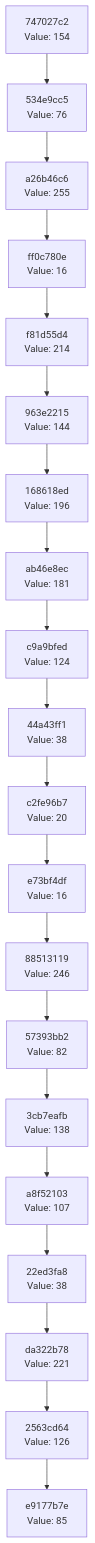
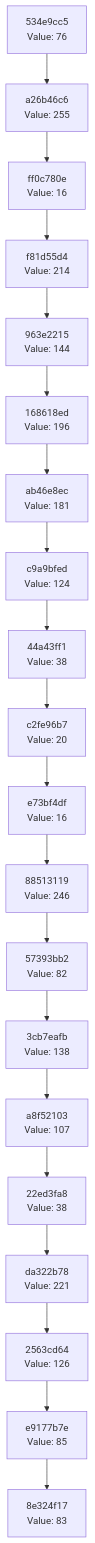
One commit to Abhisheksinha1506/hash-chain-evolver changed the diagram in docs/CHAIN_VISUALIZATION.md. Above: the diagram before and after it, drawn with Mermaid. The commit also changed 2 other files, not shown here.

Commit message:
Evolution step: hash 0x53 → action executed

````diff
--- a/docs/CHAIN_VISUALIZATION.md
+++ b/docs/CHAIN_VISUALIZATION.md
@@ -3,42 +3,42 @@
 ```mermaid
 graph TD
-    C0["e9177b7e<br/>Value: 85"]
-    C1["2563cd64<br/>Value: 126"]
+    C0["8e324f17<br/>Value: 83"]
+    C1["e9177b7e<br/>Value: 85"]
     C1 --> C0
-    C2["da322b78<br/>Value: 221"]
+    C2["2563cd64<br/>Value: 126"]
     C2 --> C1
-    C3["22ed3fa8<br/>Value: 38"]
+    C3["da322b78<br/>Value: 221"]
     C3 --> C2
-    C4["a8f52103<br/>Value: 107"]
+    C4["22ed3fa8<br/>Value: 38"]
     C4 --> C3
-    C5["3cb7eafb<br/>Value: 138"]
+    C5["a8f52103<br/>Value: 107"]
     C5 --> C4
-    C6["57393bb2<br/>Value: 82"]
+    C6["3cb7eafb<br/>Value: 138"]
     C6 --> C5
-    C7["88513119<br/>Value: 246"]
+    C7["57393bb2<br/>Value: 82"]
     C7 --> C6
-    C8["e73bf4df<br/>Value: 16"]
+    C8["88513119<br/>Value: 246"]
     C8 --> C7
-    C9["c2fe96b7<br/>Value: 20"]
+    C9["e73bf4df<br/>Value: 16"]
     C9 --> C8
-    C10["44a43ff1<br/>Value: 38"]
+    C10["c2fe96b7<br/>Value: 20"]
     C10 --> C9
-    C11["c9a9bfed<br/>Value: 124"]
+    C11["44a43ff1<br/>Value: 38"]
     C11 --> C10
-    C12["ab46e8ec<br/>Value: 181"]
+    C12["c9a9bfed<br/>Value: 124"]
     C12 --> C11
-    C13["168618ed<br/>Value: 196"]
+    C13["ab46e8ec<br/>Value: 181"]
     C13 --> C12
-    C14["963e2215<br/>Value: 144"]
+    C14["168618ed<br/>Value: 196"]
     C14 --> C13
-    C15["f81d55d4<br/>Value: 214"]
+    C15["963e2215<br/>Value: 144"]
     C15 --> C14
-    C16["ff0c780e<br/>Value: 16"]
+    C16["f81d55d4<br/>Value: 214"]
     C16 --> C15
-    C17["a26b46c6<br/>Value: 255"]
+    C17["ff0c780e<br/>Value: 16"]
     C17 --> C16
-    C18["534e9cc5<br/>Value: 76"]
+    C18["a26b46c6<br/>Value: 255"]
     C18 --> C17
-    C19["747027c2<br/>Value: 154"]
+    C19["534e9cc5<br/>Value: 76"]
     C19 --> C18
 ```
````
